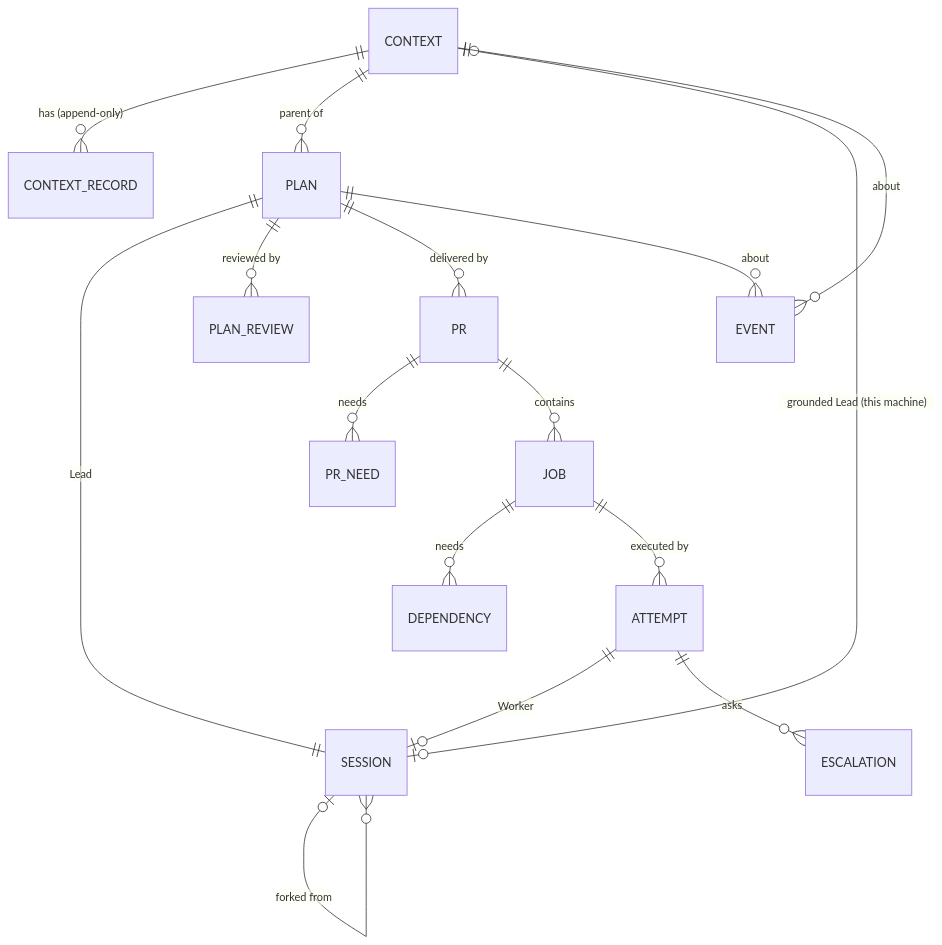
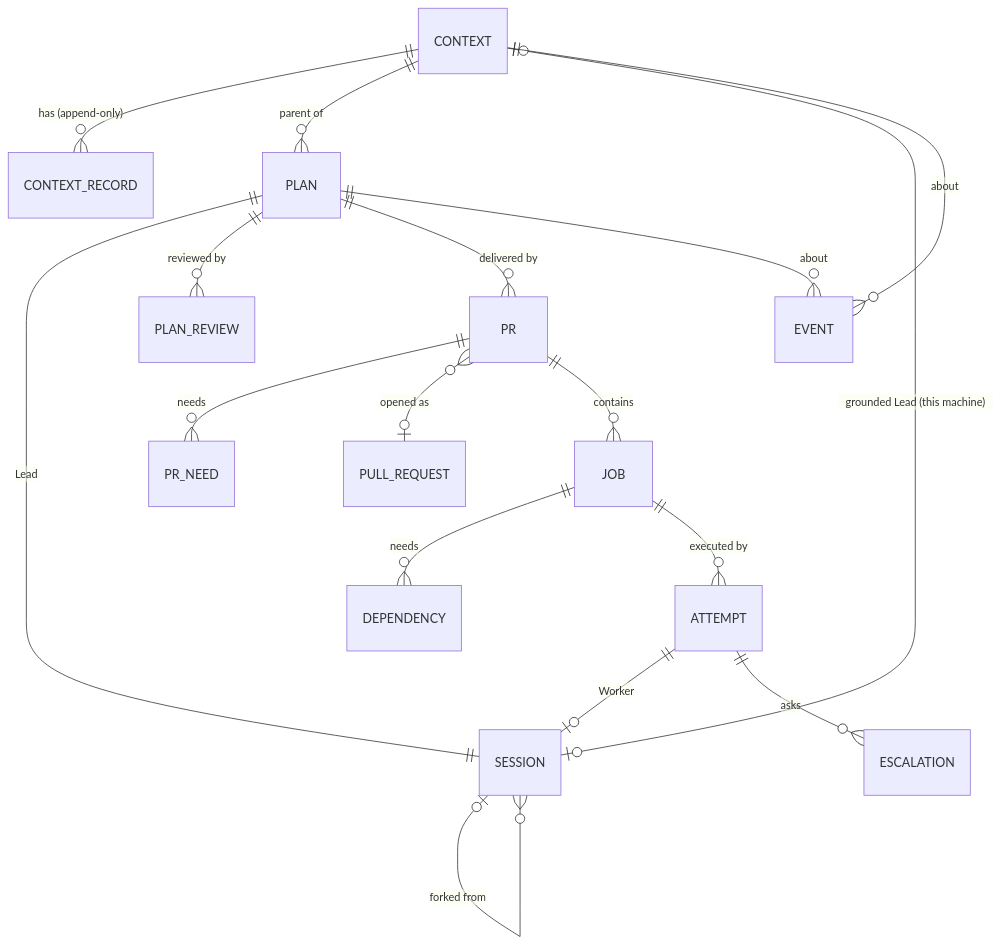
Before and after one commit to clayton-duarte/cpd: the first of 5 diagrams in docs/contract.md, drawn with Mermaid. The commit also changed other lines of this file and 46 other files, not shown here.

````diff
--- a/docs/contract.md
+++ b/docs/contract.md
@@ -340,18 +361,19 @@
 ```mermaid
 erDiagram
   CONTEXT ||--o{ CONTEXT_RECORD : "has (append-only)"
   CONTEXT ||--o{ PLAN : "parent of"
   CONTEXT |o--o| SESSION : "grounded Lead (this machine)"
   PLAN ||--|| SESSION : "Lead"
   PLAN ||--o{ PLAN_REVIEW : "reviewed by"
   PLAN ||--o{ PR : "delivered by"
   PR ||--o{ PR_NEED : "needs"
+  PR }o--o| PULL_REQUEST : "opened as"
   PR ||--o{ JOB : "contains"
   JOB ||--o{ DEPENDENCY : "needs"
   JOB ||--o{ ATTEMPT : "executed by"
   ATTEMPT ||--o| SESSION : "Worker"
   ATTEMPT ||--o{ ESCALATION : "asks"
   SESSION |o--o{ SESSION : "forked from"
   PLAN ||--o{ EVENT : "about"
   CONTEXT ||--o{ EVENT : "about"
 ```
````
